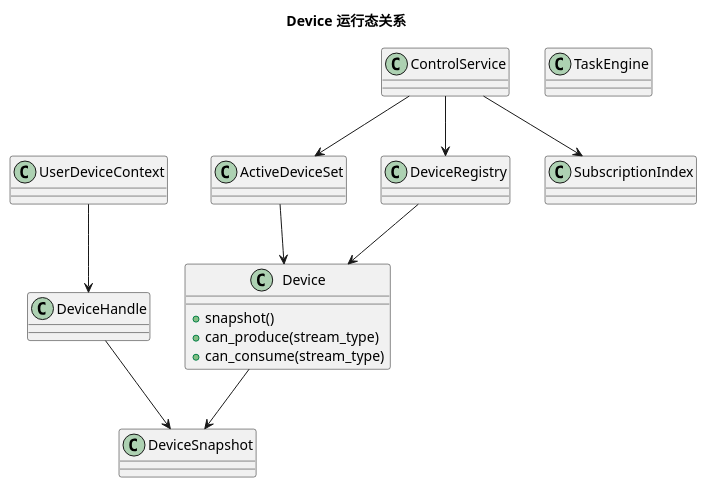
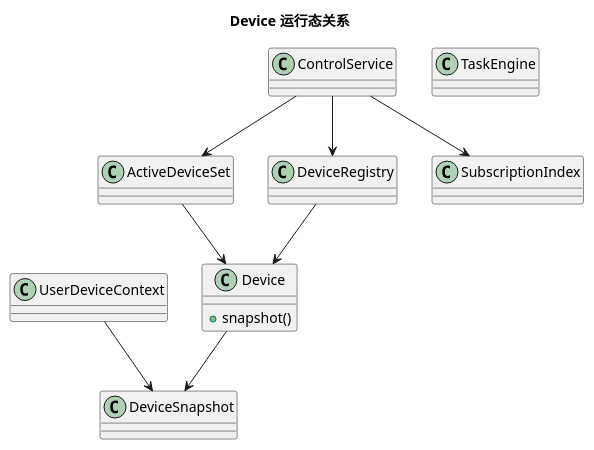
The fourth of 18 diagrams in audio-chat/docs/audio-chat-sdk-architecture.md (HengeLiu/RealtimeAgent), drawn with PlantUML before and after one commit. The commit also changed other lines of this file and 77 other files, not shown here.

````diff
--- a/audio-chat/docs/audio-chat-sdk-architecture.md
+++ b/audio-chat/docs/audio-chat-sdk-architecture.md
@@ -999,29 +992,25 @@
 ```plantuml
 @startuml
 title Device 运行态关系
 
 class Device {
   +snapshot()
-  +can_produce(stream_type)
-  +can_consume(stream_type)
 }
 
 class DeviceSnapshot
-class DeviceHandle
 class UserDeviceContext
 class ActiveDeviceSet
 class DeviceRegistry
 class SubscriptionIndex
 class ControlService
 class TaskEngine
 
 ControlService --> DeviceRegistry
 ControlService --> ActiveDeviceSet
 ControlService --> SubscriptionIndex
 DeviceRegistry --> Device
 ActiveDeviceSet --> Device
 Device --> DeviceSnapshot
-UserDeviceContext --> DeviceHandle
-DeviceHandle --> DeviceSnapshot
+UserDeviceContext --> DeviceSnapshot
 @enduml
 ```
````
